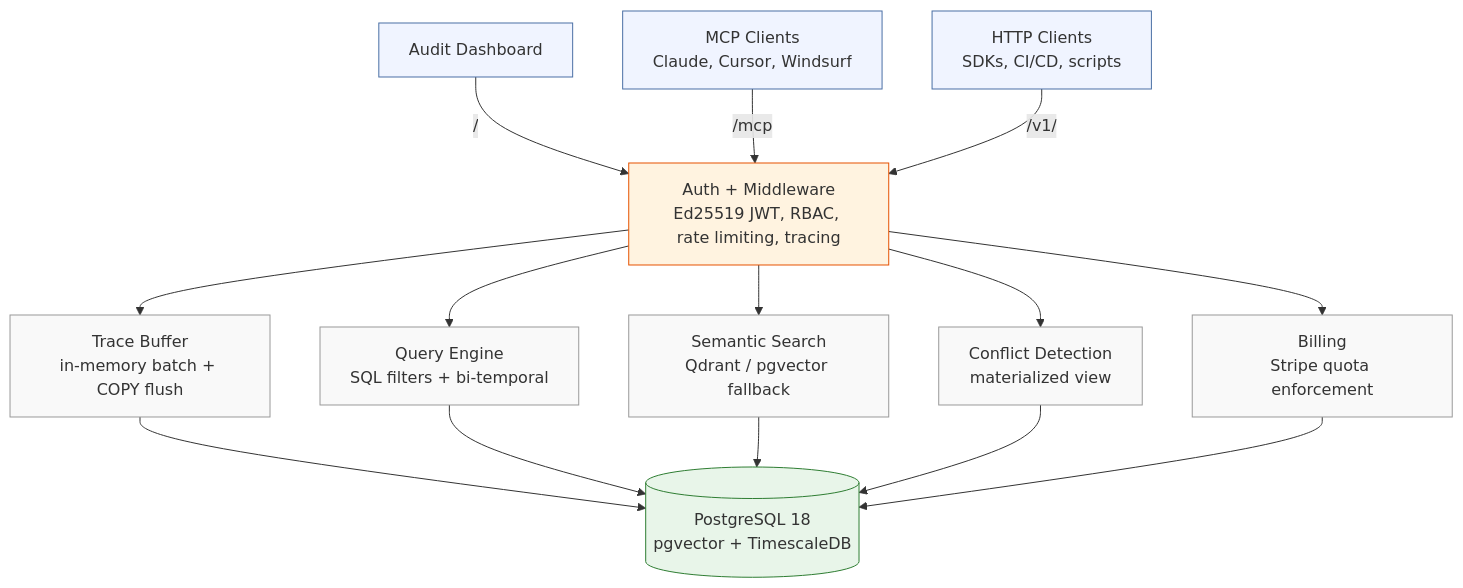
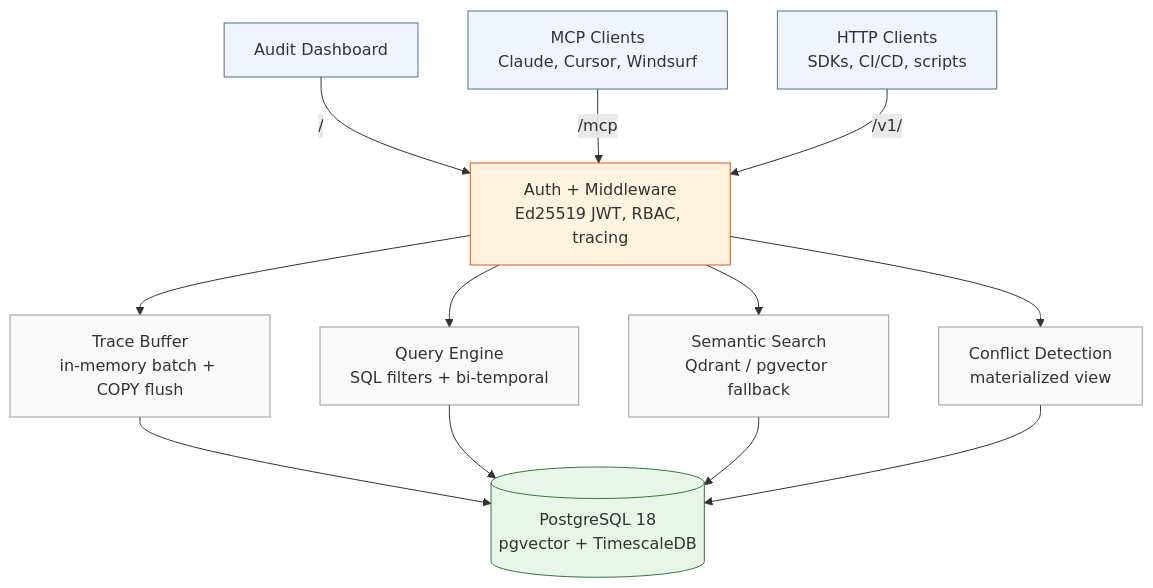
Before and after one commit to ashita-ai/akashi: the diagram in README.md, drawn with Mermaid. The commit also changed other lines of this file and 11 other files, not shown here.

````diff
--- a/README.md
+++ b/README.md
@@ -100,33 +101,30 @@
 ```mermaid
 flowchart TD
     C1["Audit Dashboard"] -->|"/"| AUTH
     C2["MCP Clients<br/>Claude, Cursor, Windsurf"] -->|"/mcp"| AUTH
     C3["HTTP Clients<br/>SDKs, CI/CD, scripts"] -->|"/v1/"| AUTH
 
-    AUTH["Auth + Middleware<br/>Ed25519 JWT, RBAC, rate limiting, tracing"]
+    AUTH["Auth + Middleware<br/>Ed25519 JWT, RBAC, tracing"]
 
     AUTH --> TRACE["Trace Buffer<br/>in-memory batch + COPY flush"]
     AUTH --> QUERY["Query Engine<br/>SQL filters + bi-temporal"]
     AUTH --> SEARCH["Semantic Search<br/>Qdrant / pgvector fallback"]
     AUTH --> CONFLICT["Conflict Detection<br/>materialized view"]
-    AUTH --> BILLING["Billing<br/>Stripe quota enforcement"]
 
     TRACE --> PG
     QUERY --> PG
     SEARCH --> PG
     CONFLICT --> PG
-    BILLING --> PG
 
     PG[("PostgreSQL 18<br/>pgvector + TimescaleDB")]
 
     style C1 fill:#f0f4ff,stroke:#4a6fa5
     style C2 fill:#f0f4ff,stroke:#4a6fa5
     style C3 fill:#f0f4ff,stroke:#4a6fa5
     style AUTH fill:#fff3e0,stroke:#e65100
     style TRACE fill:#f9f9f9,stroke:#999
     style QUERY fill:#f9f9f9,stroke:#999
     style SEARCH fill:#f9f9f9,stroke:#999
     style CONFLICT fill:#f9f9f9,stroke:#999
-    style BILLING fill:#f9f9f9,stroke:#999
     style PG fill:#e8f5e9,stroke:#2e7d32
 ```
````
